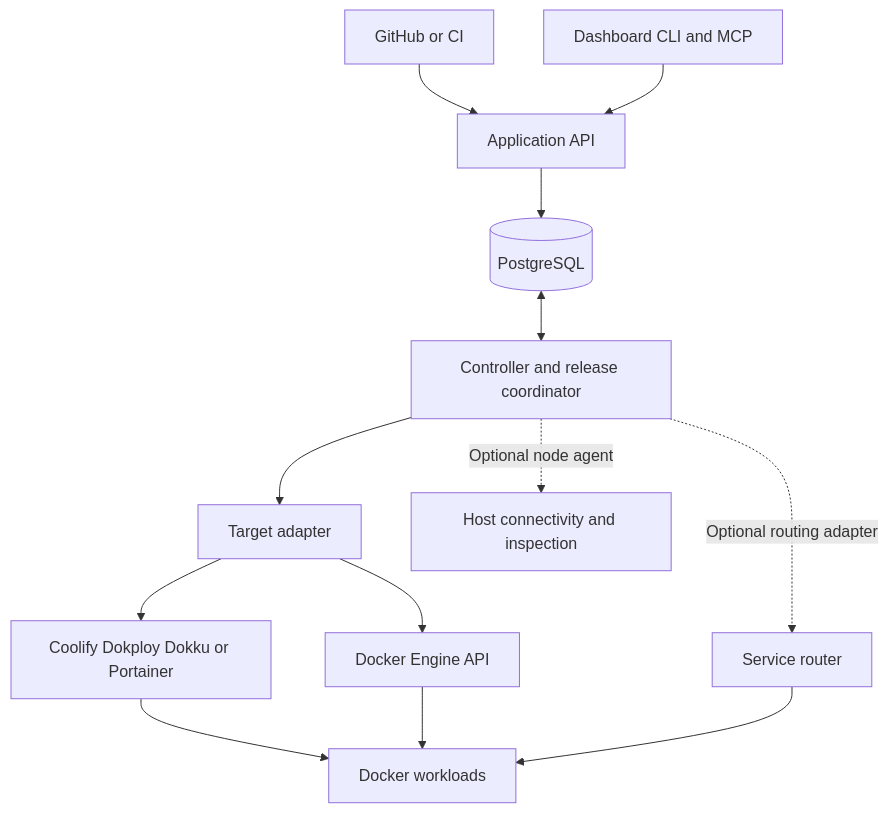
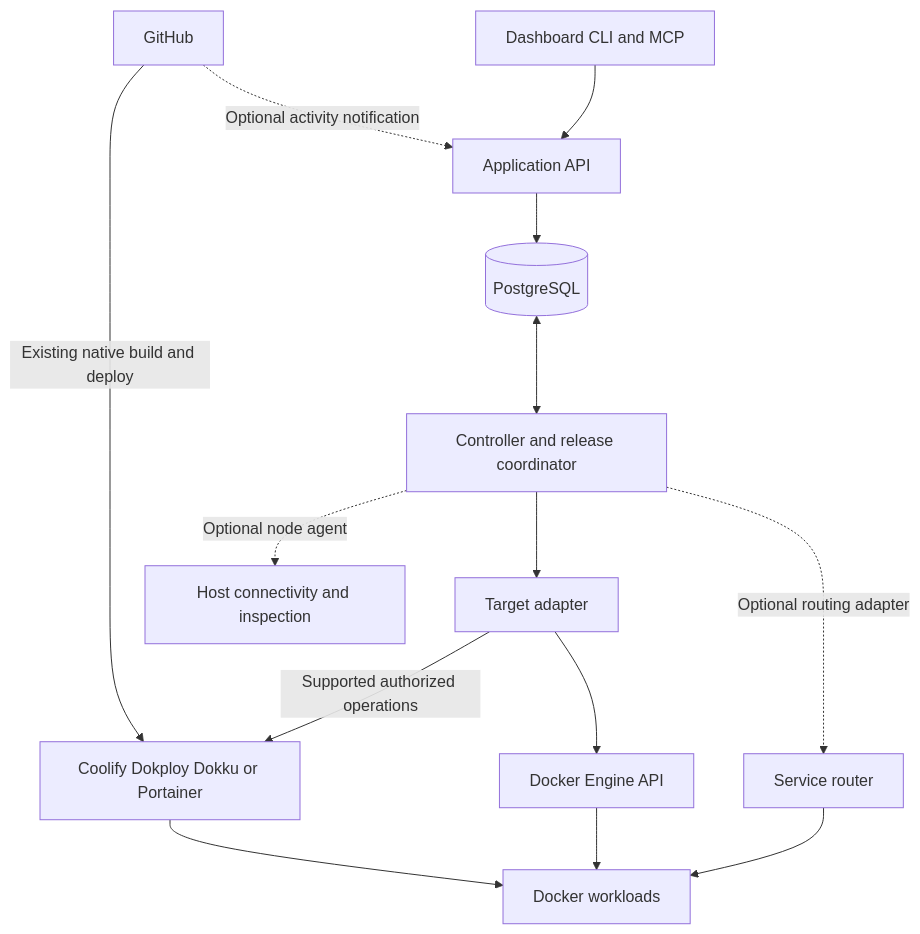
Before and after one commit to mohsalsaleem/OpenAppPlatform: the diagram in docs/product-and-architecture.md, drawn with Mermaid. The commit also changed other lines of this file and 5 other files, not shown here.

Commit message:
docs: align roadmap and architecture with operator-first management

````diff
--- a/docs/product-and-architecture.md
+++ b/docs/product-and-architecture.md
@@ -72,15 +73,16 @@
 ```mermaid
 flowchart TB
-    G[GitHub or CI] --> A[Application API]
+    G[GitHub] -->|Existing native build and deploy| P[Coolify Dokploy Dokku or Portainer]
+    G -. Optional activity notification .-> A[Application API]
     U[Dashboard CLI and MCP] --> A
     A --> D[(PostgreSQL)]
     D <--> C[Controller and release coordinator]
     C --> O[Target adapter]
-    O --> P[Coolify Dokploy Dokku or Portainer]
+    O -->|Supported authorized operations| P
     P --> I[Docker workloads]
     O --> E[Docker Engine API]
     E --> I
     C -. Optional routing adapter .-> R[Service router]
     R --> I
     C -. Optional node agent .-> N[Host connectivity and inspection]
 ```
````
